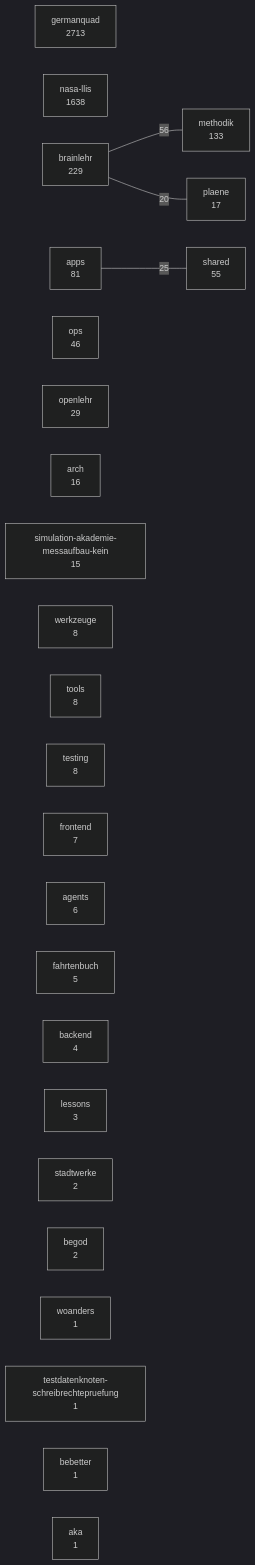
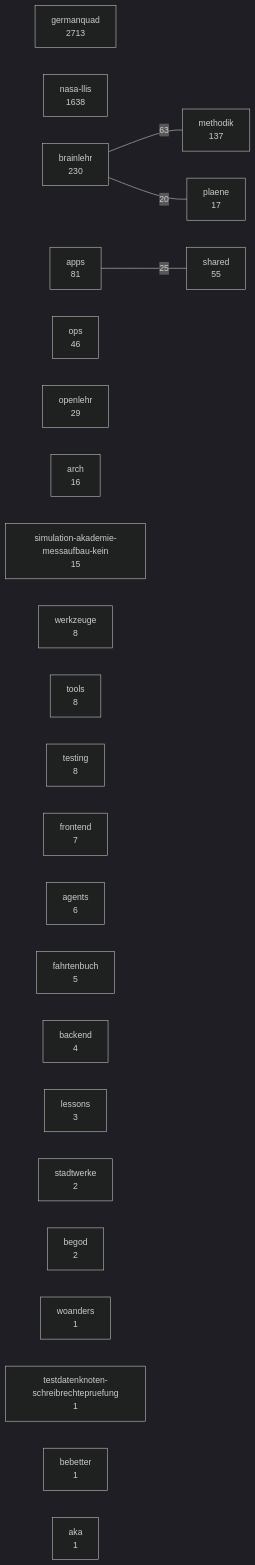
Before and after one commit to 3lehr/brainlehr: the diagram in docs/karten/bestand.md, drawn with Mermaid (dark theme). The commit also changed 3 other files, not shown here.

````diff
--- a/docs/karten/bestand.md
+++ b/docs/karten/bestand.md
@@ -5,31 +5,31 @@
 ```mermaid
 graph LR
   germanquad["germanquad<br/>2713"]
   nasa_llis["nasa-llis<br/>1638"]
-  brainlehr["brainlehr<br/>229"]
-  methodik["methodik<br/>133"]
+  brainlehr["brainlehr<br/>230"]
+  methodik["methodik<br/>137"]
   apps["apps<br/>81"]
   shared["shared<br/>55"]
   ops["ops<br/>46"]
   openlehr["openlehr<br/>29"]
   plaene["plaene<br/>17"]
   arch["arch<br/>16"]
   simulation_akademie_messaufbau_kein["simulation-akademie-messaufbau-kein<br/>15"]
   werkzeuge["werkzeuge<br/>8"]
   tools["tools<br/>8"]
   testing["testing<br/>8"]
   frontend["frontend<br/>7"]
   agents["agents<br/>6"]
   fahrtenbuch["fahrtenbuch<br/>5"]
   backend["backend<br/>4"]
   lessons["lessons<br/>3"]
   stadtwerke["stadtwerke<br/>2"]
   begod["begod<br/>2"]
   woanders["woanders<br/>1"]
   testdatenknoten_schreibrechtepruefung["testdatenknoten-schreibrechtepruefung<br/>1"]
   bebetter["bebetter<br/>1"]
   aka["aka<br/>1"]
-  brainlehr ---|56| methodik
+  brainlehr ---|63| methodik
   apps ---|25| shared
   brainlehr ---|20| plaene
 ```
````
